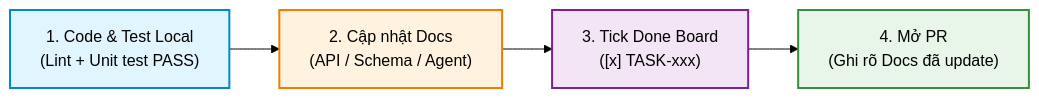
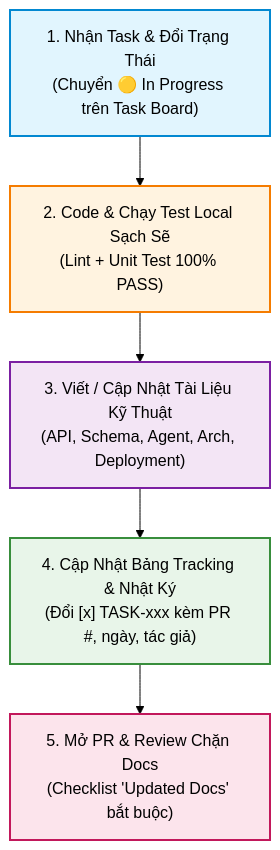
Before and after one commit to b4ck12/Group_Project: the diagram in docs/01-workflow/post-task-documentation.md, drawn with Mermaid (forest theme). The commit also changed other lines of this file and 29 other files, not shown here.

````diff
--- a/docs/01-workflow/post-task-documentation.md
+++ b/docs/01-workflow/post-task-documentation.md
@@ -39,11 +22,13 @@
 ```mermaid
-flowchart LR
-    A["1. Code & Test Local<br/>(Lint + Unit test PASS)"] --> B["2. Cập nhật Docs<br/>(API / Schema / Agent)"]
-    B --> C["3. Tick Done Board<br/>([x] TASK-xxx)"]
-    C --> D["4. Mở PR<br/>(Ghi rõ Docs đã update)"]
+flowchart TD
+    A["1. Nhận Task & Đổi Trạng Thái<br/>(Chuyển 🟡 In Progress trên Task Board)"] --> B["2. Code & Chạy Test Local Sạch Sẽ<br/>(Lint + Unit Test 100% PASS)"]
+    B --> C["3. Viết / Cập Nhật Tài Liệu Kỹ Thuật<br/>(API, Schema, Agent, Arch, Deployment)"]
+    C --> D["4. Cập Nhật Bảng Tracking & Nhật Ký<br/>(Đổi [x] TASK-xxx kèm PR #, ngày, tác giả)"]
+    D --> E["5. Mở PR & Review Chặn Docs<br/>(Checklist 'Updated Docs' bắt buộc)"]
 
     style A fill:#e1f5fe,stroke:#0288d1,stroke-width:2px;
     style B fill:#fff3e0,stroke:#f57c00,stroke-width:2px;
     style C fill:#f3e5f5,stroke:#7b1fa2,stroke-width:2px;
     style D fill:#e8f5e9,stroke:#388e3c,stroke-width:2px;
+    style E fill:#fce4ec,stroke:#c2185b,stroke-width:2px;
 ```
````
